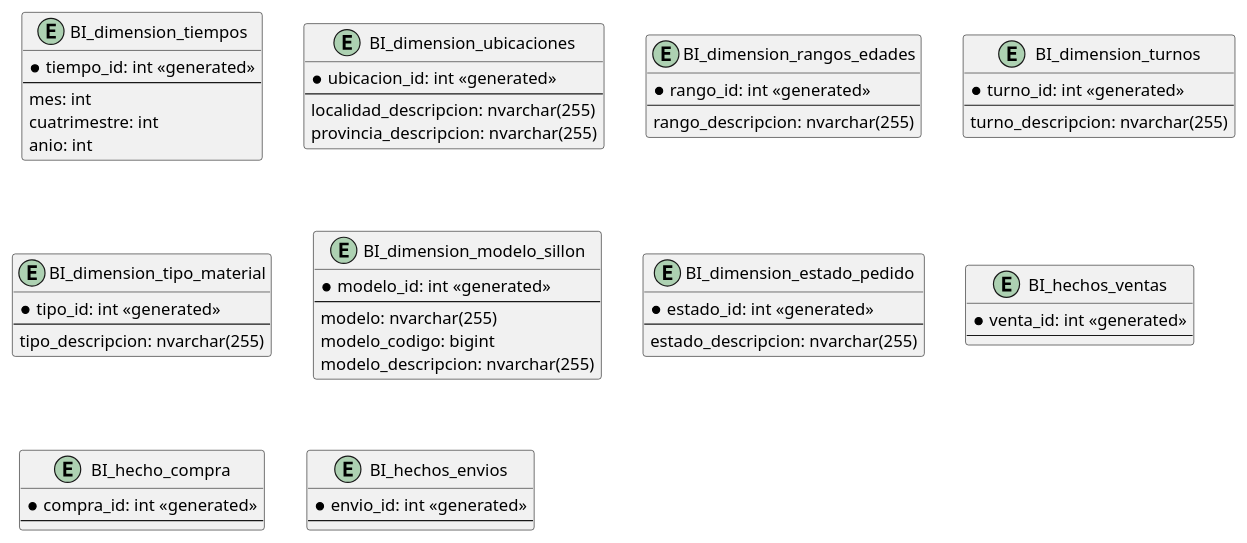
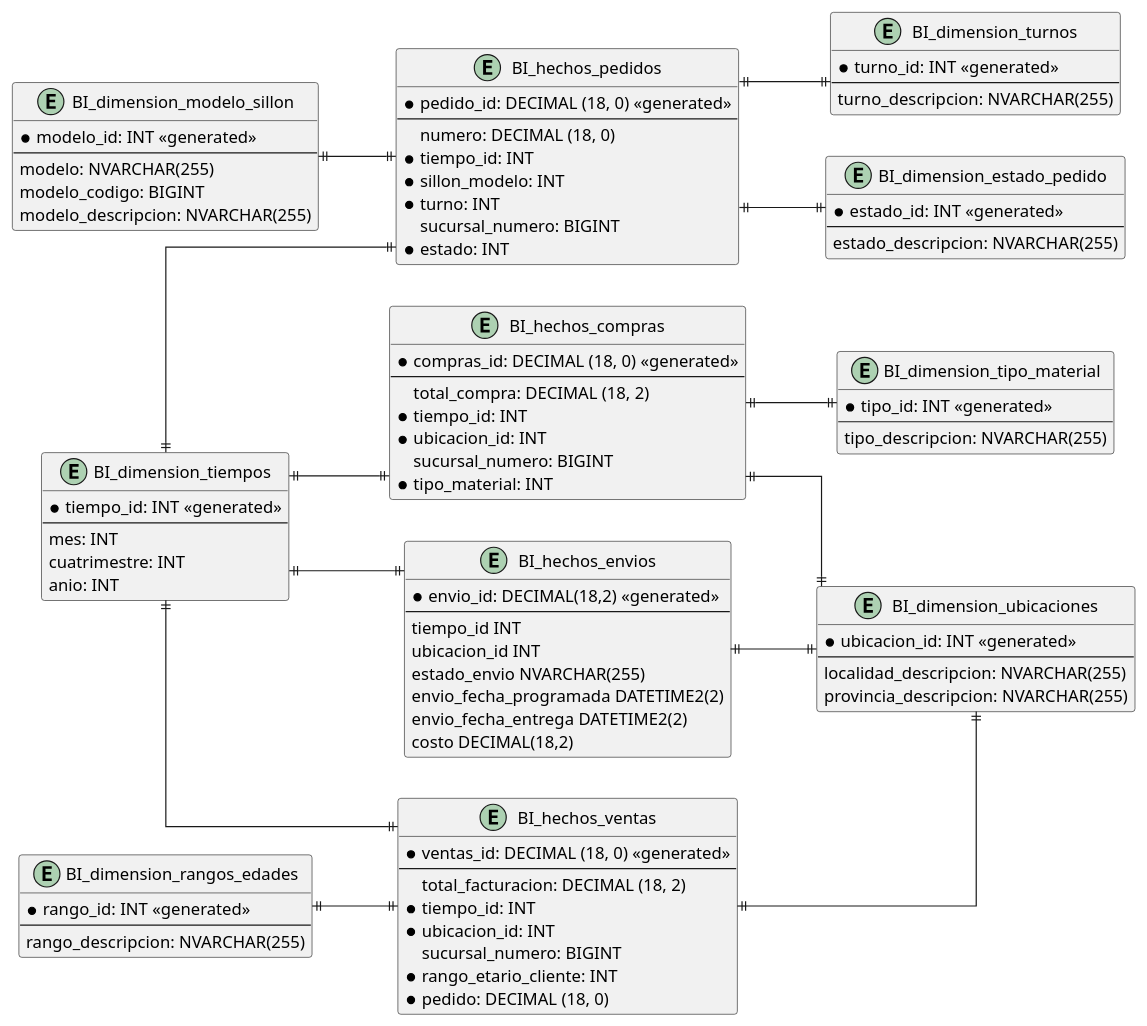
One commit to jreggiardoUTN/UTN-sillones changed the diagram in DER_BI.puml. Above: the diagram before and after it, drawn with PlantUML. The commit also changed 5 other files, not shown here.

```diff
--- a/DER_BI.puml
+++ b/DER_BI.puml
@@ -1,74 +1,111 @@
 @startuml
 
 ' avoid problems with angled crows feet
 skinparam linetype polyline
 skinparam linetype ortho
+left to right direction
 
 entity "BI_dimension_tiempos" {
-    *tiempo_id: int <<generated>>
+    *tiempo_id: INT <<generated>>
     --
-    mes: int
-    cuatrimestre: int
-    anio: int
+    mes: INT
+    cuatrimestre: INT
+    anio: INT
 }
 
 entity "BI_dimension_ubicaciones" {
-    *ubicacion_id: int <<generated>>
+    *ubicacion_id: INT <<generated>>
     --
-    localidad_descripcion: nvarchar(255)
-    provincia_descripcion: nvarchar(255)
+    localidad_descripcion: NVARCHAR(255)
+    provincia_descripcion: NVARCHAR(255)
 }
 
 entity "BI_dimension_rangos_edades" {
-    *rango_id: int <<generated>>
+    *rango_id: INT <<generated>>
     --
-    rango_descripcion: nvarchar(255)
+    rango_descripcion: NVARCHAR(255)
 }
 
 entity "BI_dimension_turnos" {
-    *turno_id: int <<generated>>
+    *turno_id: INT <<generated>>
     --
-    turno_descripcion: nvarchar(255)
+    turno_descripcion: NVARCHAR(255)
 }
 
 entity "BI_dimension_tipo_material" {
-    *tipo_id: int <<generated>>
+    *tipo_id: INT <<generated>>
     --
-    tipo_descripcion: nvarchar(255)
+    tipo_descripcion: NVARCHAR(255)
 }
 
 entity "BI_dimension_modelo_sillon" {
-    *modelo_id: int <<generated>>
+    *modelo_id: INT <<generated>>
     --
-    modelo: nvarchar(255)
-    modelo_codigo: bigint
-    modelo_descripcion: nvarchar(255)
+    modelo: NVARCHAR(255)
+    modelo_codigo: BIGINT
+    modelo_descripcion: NVARCHAR(255)
 }
 
 entity "BI_dimension_estado_pedido" {
-    *estado_id: int <<generated>>
+    *estado_id: INT <<generated>>
     --
-    estado_descripcion: nvarchar(255)
+    estado_descripcion: NVARCHAR(255)
+}
+
+entity "BI_hechos_pedidos" {
+    *pedido_id: DECIMAL (18, 0) <<generated>>
+    --
+    numero: DECIMAL (18, 0)
+    *tiempo_id: INT
+    *sillon_modelo: INT
+    *turno: INT
+    sucursal_numero: BIGINT
+    *estado: INT
 }
 
 entity "BI_hechos_ventas" {
-    *venta_id: int <<generated>>
+    *ventas_id: DECIMAL (18, 0) <<generated>>
     --
+    total_facturacion: DECIMAL (18, 2)
+    *tiempo_id: INT
+    *ubicacion_id: INT
+    sucursal_numero: BIGINT
+    *rango_etario_cliente: INT
+    *pedido: DECIMAL (18, 0)
 }
 
-entity "BI_hecho_compra" {
-    *compra_id: int <<generated>>
+entity "BI_hechos_compras" {
+    *compras_id: DECIMAL (18, 0) <<generated>>
     --
+    total_compra: DECIMAL (18, 2)
+    *tiempo_id: INT
+    *ubicacion_id: INT
+    sucursal_numero: BIGINT
+    *tipo_material: INT
 }
 
 entity "BI_hechos_envios" {
-    *envio_id: int <<generated>>
+    *envio_id: DECIMAL(18,2) <<generated>>
     --
+    tiempo_id INT
+    ubicacion_id INT
+    estado_envio NVARCHAR(255)
+    envio_fecha_programada DATETIME2(2)
+    envio_fecha_entrega DATETIME2(2)
+    costo DECIMAL(18,2)
 }
 
-' Localidad }|--|| Provincia
-' Cliente }|--o| Localidad
-' Pedido ||-u-|{ Estado
-' Sillon }|-l-|| SillonModelo
+BI_hechos_pedidos ||-u-|| BI_dimension_tiempos
+BI_hechos_pedidos ||--|| BI_dimension_turnos
+BI_hechos_pedidos ||-u-|| BI_dimension_modelo_sillon
+BI_hechos_pedidos ||--|| BI_dimension_estado_pedido
+BI_hechos_ventas ||-u-|| BI_dimension_tiempos
+BI_hechos_ventas ||--|| BI_dimension_ubicaciones
+BI_hechos_ventas ||-u-|| BI_dimension_rangos_edades
+BI_hechos_compras ||-u-|| BI_dimension_tiempos
+BI_hechos_compras ||--|| BI_dimension_ubicaciones
+BI_hechos_compras ||--|| BI_dimension_tipo_material
+BI_hechos_envios ||-u-|| BI_dimension_tiempos
+BI_hechos_envios ||--|| BI_dimension_ubicaciones
 
 @enduml
```
